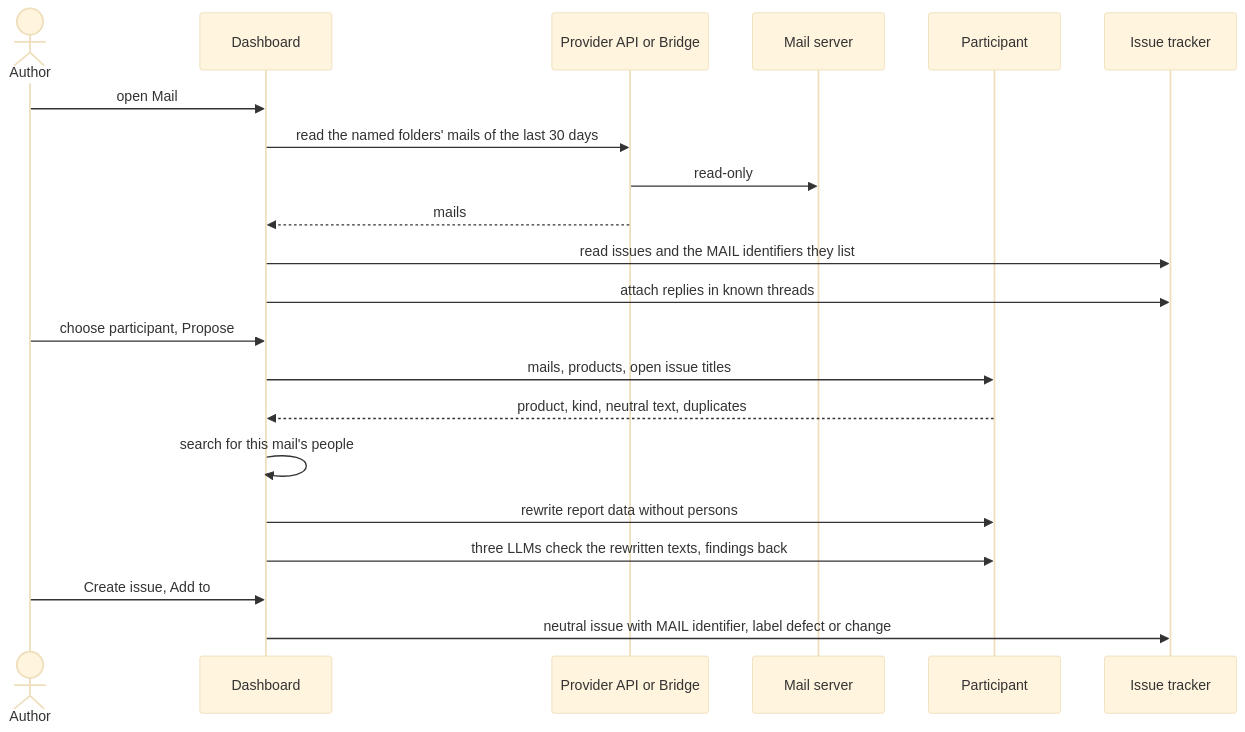
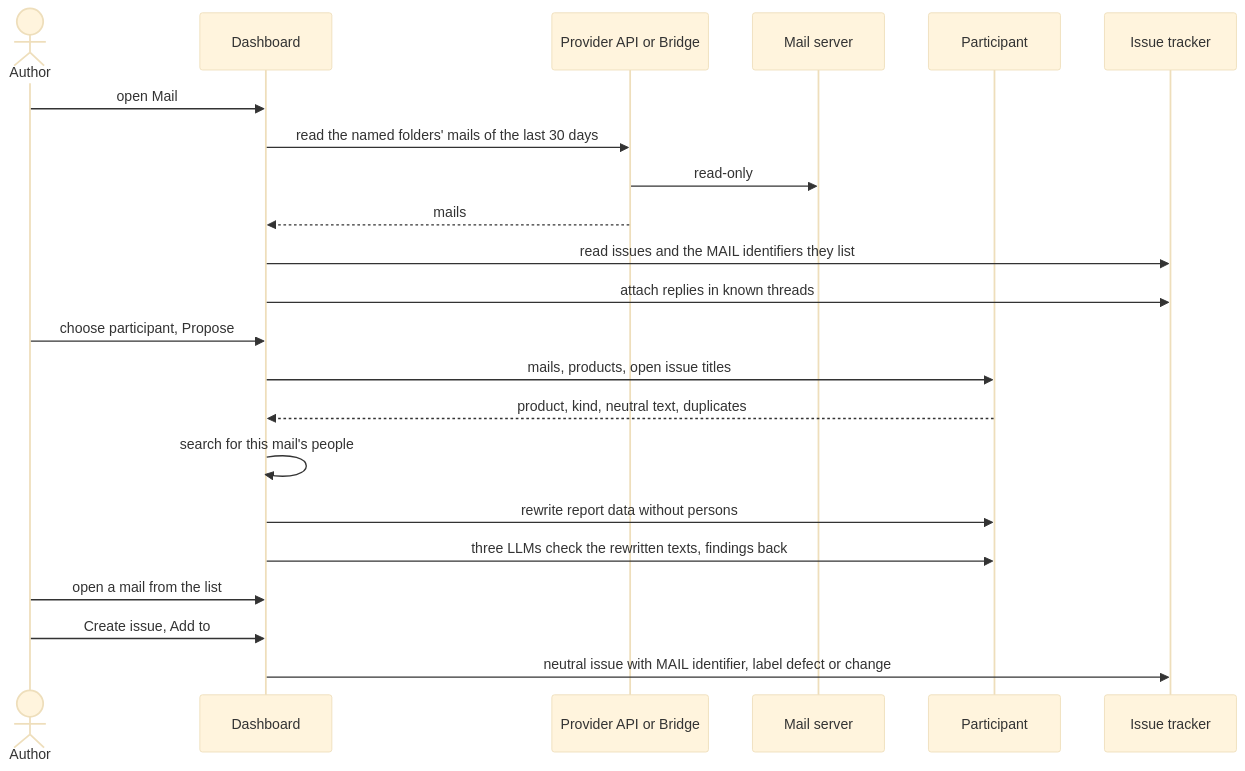
The diagram in docs/use-cases/UC-038-turn-mails-into-issues.md (akmaier/agent-m), drawn with Mermaid (base theme) before and after one commit. The commit also changed other lines of this file, not shown here.

First line of the commit message:
UC-038: mails listed as an inbox, a clicked mail shows its details and what to do; each opening reads anew, no Read again (draft)

````diff
--- a/docs/use-cases/UC-038-turn-mails-into-issues.md
+++ b/docs/use-cases/UC-038-turn-mails-into-issues.md
@@ -127,23 +128,24 @@
 ```mermaid
 sequenceDiagram
     actor A as Author
     participant D as Dashboard
     participant B as Provider API or Bridge
     participant S as Mail server
     participant P as Participant
     participant I as Issue tracker
     A->>D: open Mail
     D->>B: read the named folders' mails of the last 30 days
     B->>S: read-only
     B-->>D: mails
     D->>I: read issues and the MAIL identifiers they list
     D->>I: attach replies in known threads
     A->>D: choose participant, Propose
     D->>P: mails, products, open issue titles
     P-->>D: product, kind, neutral text, duplicates
     D->>D: search for this mail's people
     D->>P: rewrite report data without persons
     D->>P: three LLMs check the rewritten texts, findings back
+    A->>D: open a mail from the list
     A->>D: Create issue, Add to #n, or Not an issue
     D->>I: neutral issue with MAIL identifier, label defect or change
 ```
````
